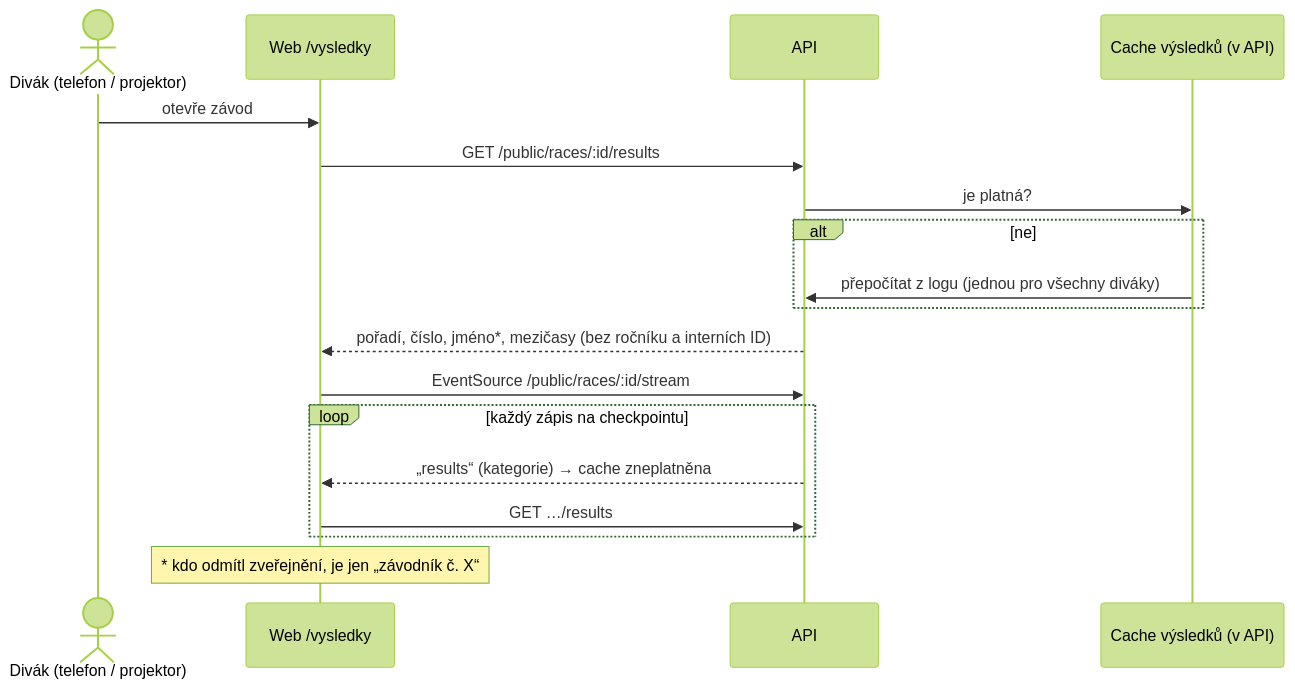
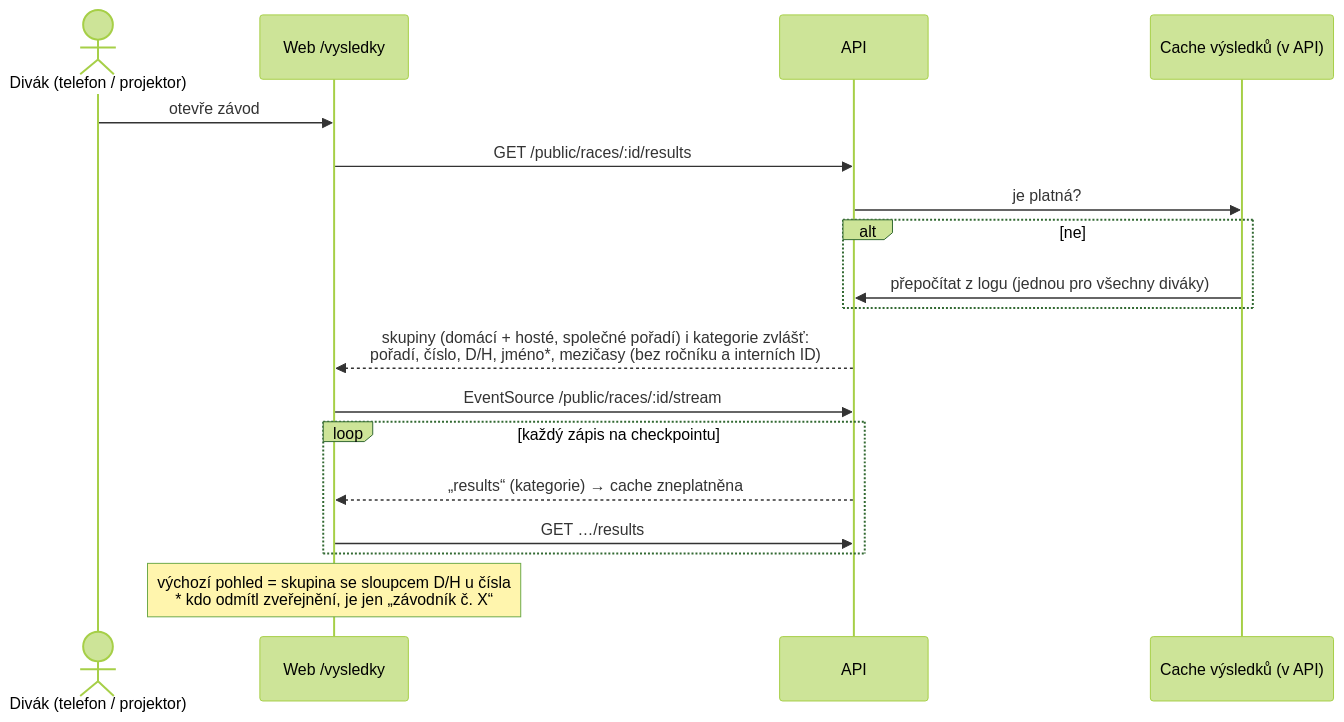
One commit to dejwf/triatlon changed diagram 18 of 19 in docs/diagramy.md. Above: the diagram before and after it, drawn with Mermaid (forest theme). The commit also changed 8 other files, not shown here.

First line of the commit message:
Veřejná tabule: domácí a hosté v jedné tabulce se sloupcem D/H

````diff
--- a/docs/diagramy.md
+++ b/docs/diagramy.md
@@ -470,20 +470,20 @@
 ```mermaid
 sequenceDiagram
   actor D as Divák (telefon / projektor)
   participant W as Web /vysledky
   participant API
   participant Cache as Cache výsledků (v API)
   D->>W: otevře závod
   W->>API: GET /public/races/:id/results
   API->>Cache: je platná?
   alt ne
     Cache->>API: přepočítat z logu (jednou pro všechny diváky)
   end
-  API-->>W: pořadí, číslo, jméno*, mezičasy (bez ročníku a interních ID)
+  API-->>W: skupiny (domácí + hosté, společné pořadí) i kategorie zvlášť:<br/>pořadí, číslo, D/H, jméno*, mezičasy (bez ročníku a interních ID)
   W->>API: EventSource /public/races/:id/stream
   loop každý zápis na checkpointu
     API-->>W: „results“ (kategorie) → cache zneplatněna
     W->>API: GET …/results
   end
-  Note over W: * kdo odmítl zveřejnění, je jen „závodník č. X“
+  Note over W: výchozí pohled = skupina se sloupcem D/H u čísla<br/>* kdo odmítl zveřejnění, je jen „závodník č. X“
 ```
````
